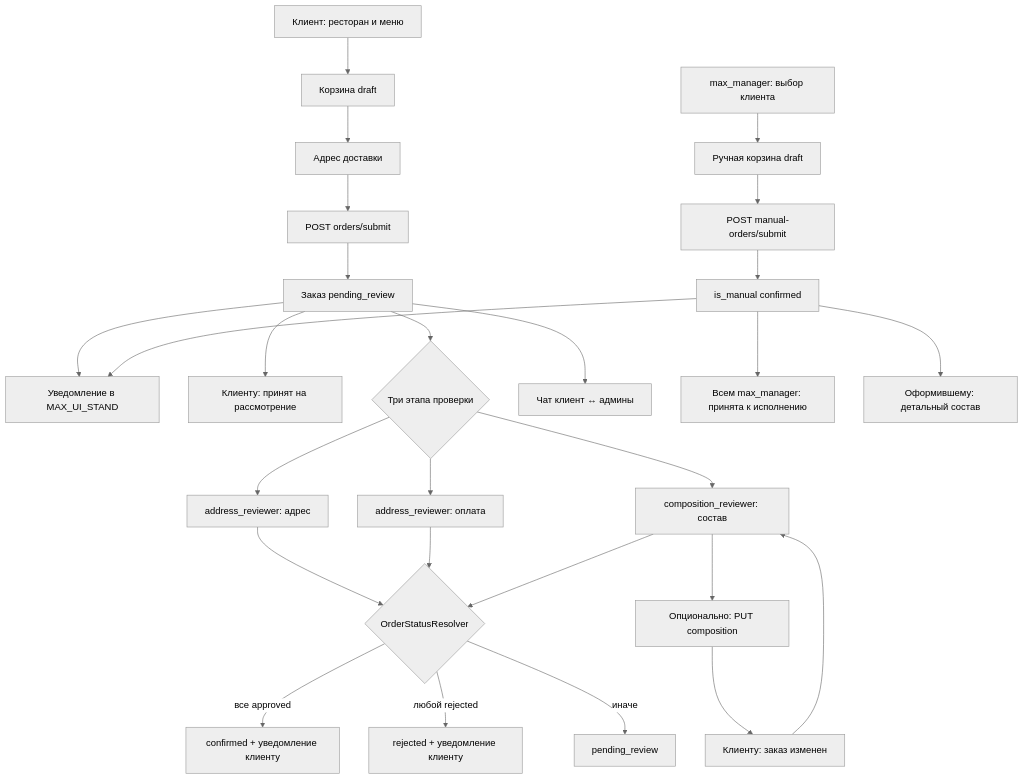
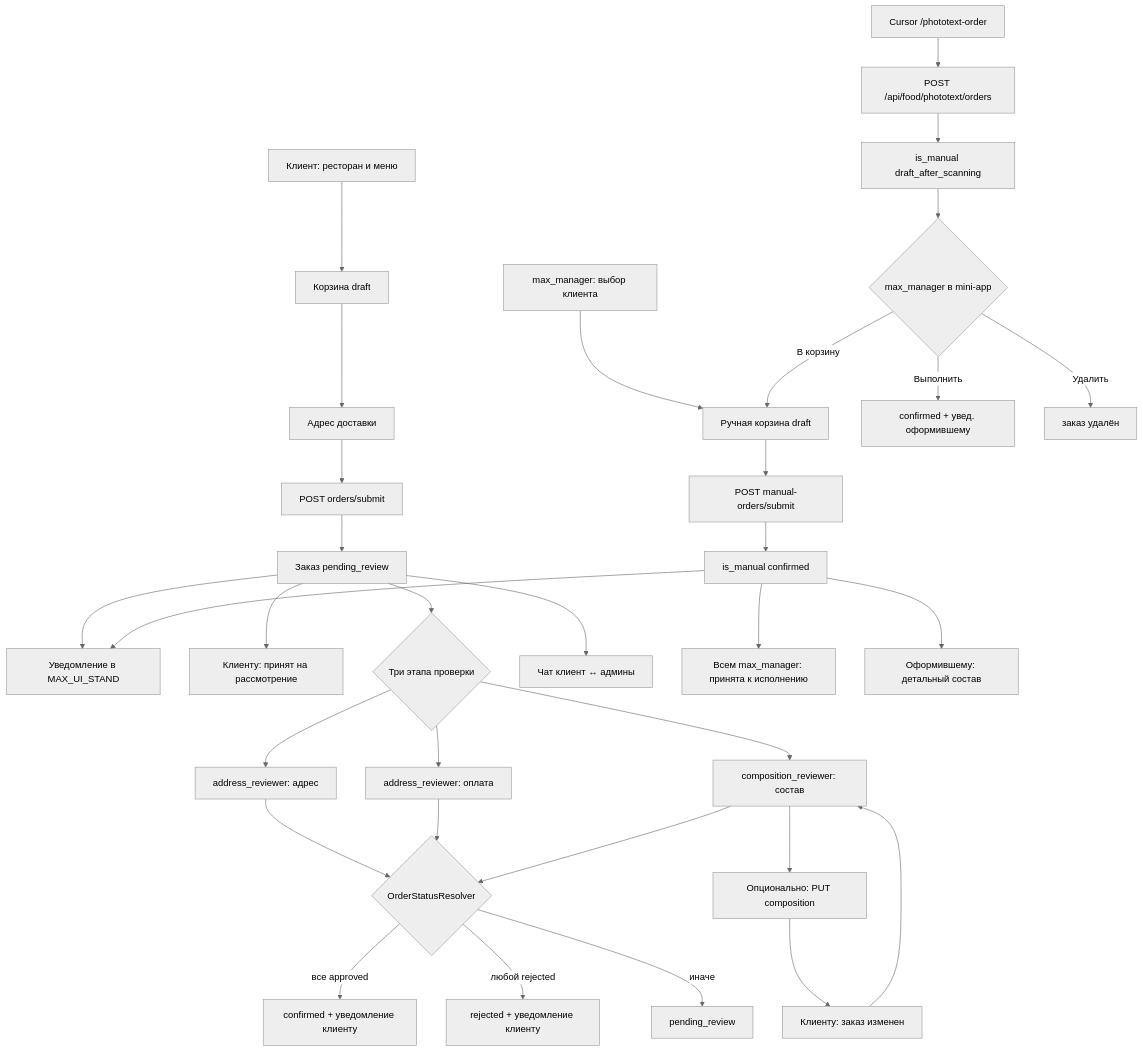
The first of 2 diagrams in service-c/README.md (dvtikhonov/exampleProjectSail), drawn with Mermaid (neutral theme) before and after one commit. The commit also changed other lines of this file and 93 other files, not shown here.

````diff
--- a/service-c/README.md
+++ b/service-c/README.md
@@ -164,29 +296,35 @@
 ```mermaid
 flowchart TD
     A[Клиент: ресторан и меню] --> B[Корзина draft]
     B --> C[Адрес доставки]
     C --> D[POST orders/submit]
     D --> E[Заказ pending_review]
     E --> F[Уведомление в MAX_UI_STAND]
     E --> F2[Клиенту: принят на рассмотрение]
     E --> G{Три этапа проверки}
     G --> H[address_reviewer: адрес]
     G --> I[address_reviewer: оплата]
     G --> J[composition_reviewer: состав]
     J --> J2[Опционально: PUT composition]
     J2 --> J3[Клиенту: заказ изменен]
     J3 --> J
     H --> K{OrderStatusResolver}
     I --> K
     J --> K
     K -->|все approved| L[confirmed + уведомление клиенту]
     K -->|любой rejected| M[rejected + уведомление клиенту]
     K -->|иначе| N[pending_review]
     E --> O[Чат клиент ↔ админы]
     P[max_manager: выбор клиента] --> Q[Ручная корзина draft]
     Q --> R[POST manual-orders/submit]
     R --> S[is_manual confirmed]
     S --> F
     S --> T[Всем max_manager: принята к исполнению]
     S --> U[Оформившему: детальный состав]
+    V[Cursor /phototext-order] --> W[POST /api/food/phototext/orders]
+    W --> X[is_manual draft_after_scanning]
+    X --> Y{max_manager в mini-app}
+    Y -->|Выполнить| S2[confirmed + увед. оформившему]
+    Y -->|В корзину| Q
+    Y -->|Удалить| Z[заказ удалён]
 ```
````
